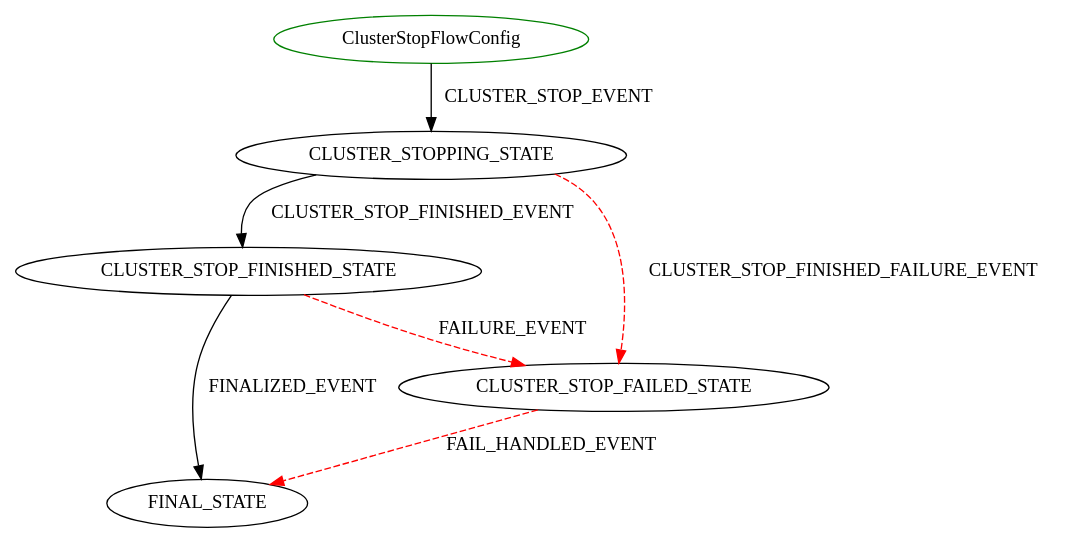
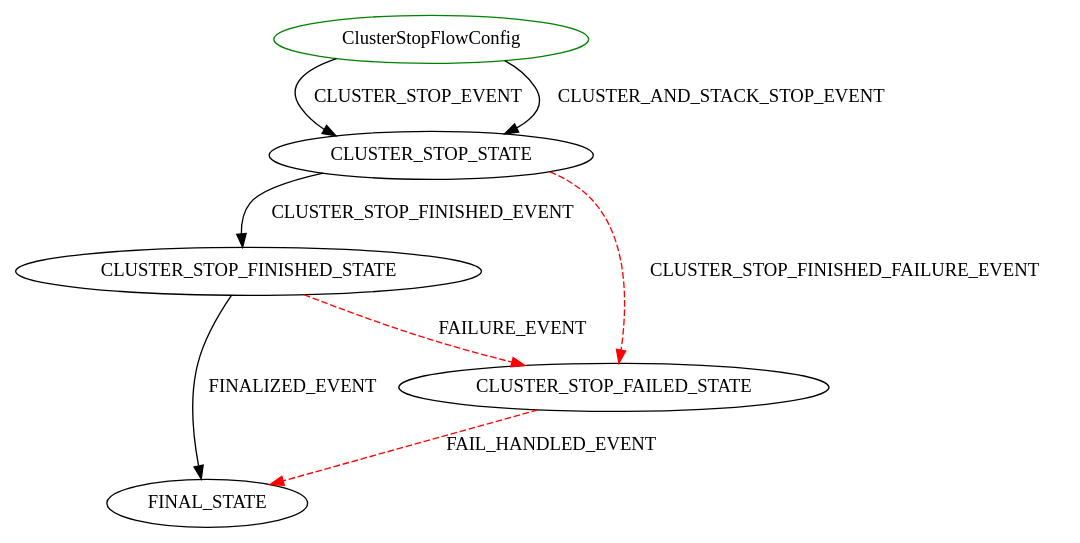
The diagram in latest/diagrams/ClusterStopFlowConfig.dot (hortonworks/cloudbreak-docs), drawn with Graphviz before and after one commit. The commit also changed 61 other files, not shown here.

```diff
--- a/latest/diagrams/ClusterStopFlowConfig.dot
+++ b/latest/diagrams/ClusterStopFlowConfig.dot
@@ -1,9 +1,10 @@
 digraph {
 INIT_STATE [label="ClusterStopFlowConfig" shape=ellipse color=green];
-INIT_STATE -> CLUSTER_STOPPING_STATE [label="CLUSTER_STOP_EVENT" color=black style=solid];
-CLUSTER_STOPPING_STATE -> CLUSTER_STOP_FINISHED_STATE [label="CLUSTER_STOP_FINISHED_EVENT" color=black style=solid];
-CLUSTER_STOPPING_STATE -> CLUSTER_STOP_FAILED_STATE [label="CLUSTER_STOP_FINISHED_FAILURE_EVENT" color=red style=dashed];
+INIT_STATE -> CLUSTER_STOP_STATE [label="CLUSTER_STOP_EVENT" color=black style=solid];
+INIT_STATE -> CLUSTER_STOP_STATE [label="CLUSTER_AND_STACK_STOP_EVENT" color=black style=solid];
+CLUSTER_STOP_STATE -> CLUSTER_STOP_FINISHED_STATE [label="CLUSTER_STOP_FINISHED_EVENT" color=black style=solid];
+CLUSTER_STOP_STATE -> CLUSTER_STOP_FAILED_STATE [label="CLUSTER_STOP_FINISHED_FAILURE_EVENT" color=red style=dashed];
 CLUSTER_STOP_FAILED_STATE -> FINAL_STATE [label="FAIL_HANDLED_EVENT" color=red style=dashed];
 CLUSTER_STOP_FINISHED_STATE -> FINAL_STATE [label="FINALIZED_EVENT" color=black style=solid];
 CLUSTER_STOP_FINISHED_STATE -> CLUSTER_STOP_FAILED_STATE [label="FAILURE_EVENT" color=red style=dashed];
 }
```
